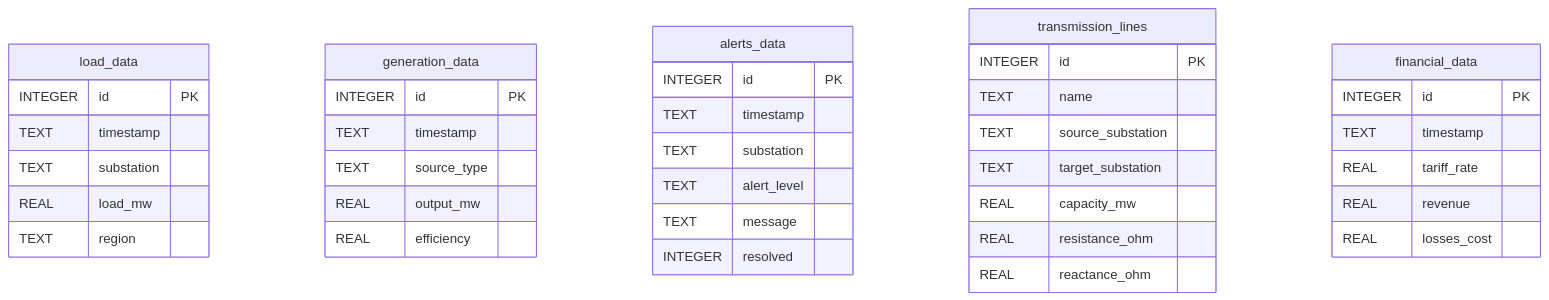
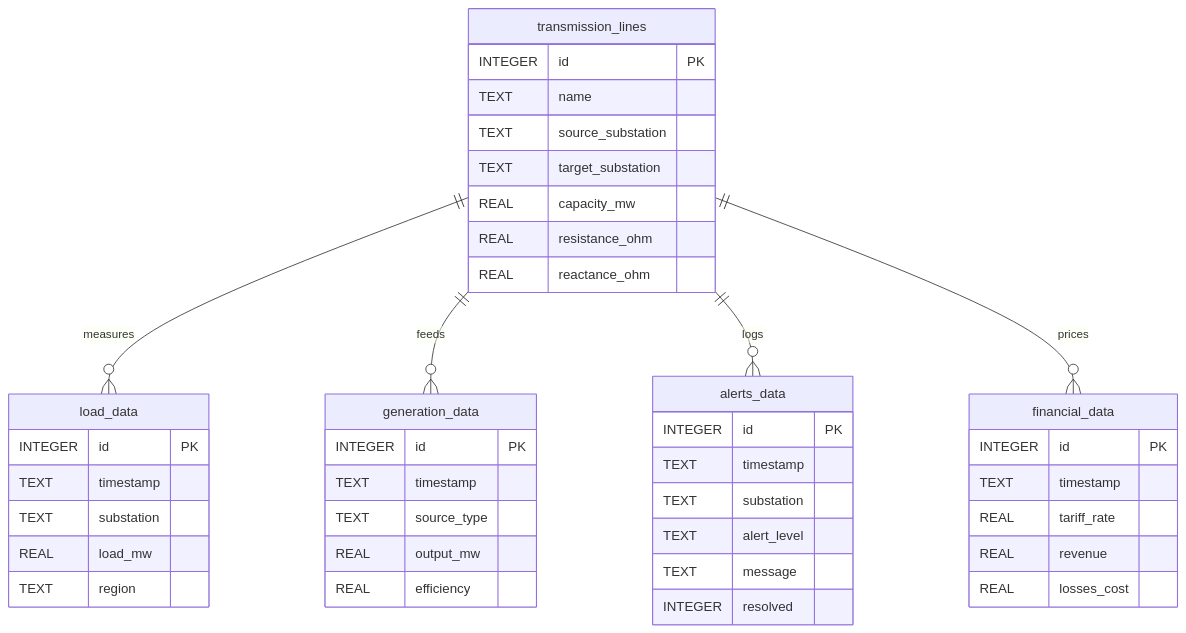
Before and after one commit to Lutvunenko-Dmutro/EnergyMonitor-OLAP: the diagram in docs/system/map/data_energy_db.md, drawn with Mermaid. The commit also changed 4 other files, not shown here.

Commit message:
style: optimize database ERD layout with relationships to fit screen without scrollbars

```diff
--- a/docs/system/map/data_energy_db.md
+++ b/docs/system/map/data_energy_db.md
@@ -81,41 +81,45 @@
             <div class="mermaid">
             erDiagram
                 load_data {
                     INTEGER id PK
                     TEXT timestamp
                     TEXT substation
                     REAL load_mw
                     TEXT region
                 }
                 generation_data {
                     INTEGER id PK
                     TEXT timestamp
                     TEXT source_type
                     REAL output_mw
                     REAL efficiency
                 }
                 alerts_data {
                     INTEGER id PK
                     TEXT timestamp
                     TEXT substation
                     TEXT alert_level
                     TEXT message
                     INTEGER resolved
                 }
                 transmission_lines {
                     INTEGER id PK
                     TEXT name
                     TEXT source_substation
                     TEXT target_substation
                     REAL capacity_mw
                     REAL resistance_ohm
                     REAL reactance_ohm
                 }
                 financial_data {
                     INTEGER id PK
                     TEXT timestamp
                     REAL tariff_rate
                     REAL revenue
                     REAL losses_cost
                 }
+                transmission_lines ||--o{ load_data : "measures"
+                transmission_lines ||--o{ generation_data : "feeds"
+                transmission_lines ||--o{ alerts_data : "logs"
+                transmission_lines ||--o{ financial_data : "prices"
             </div>
```
